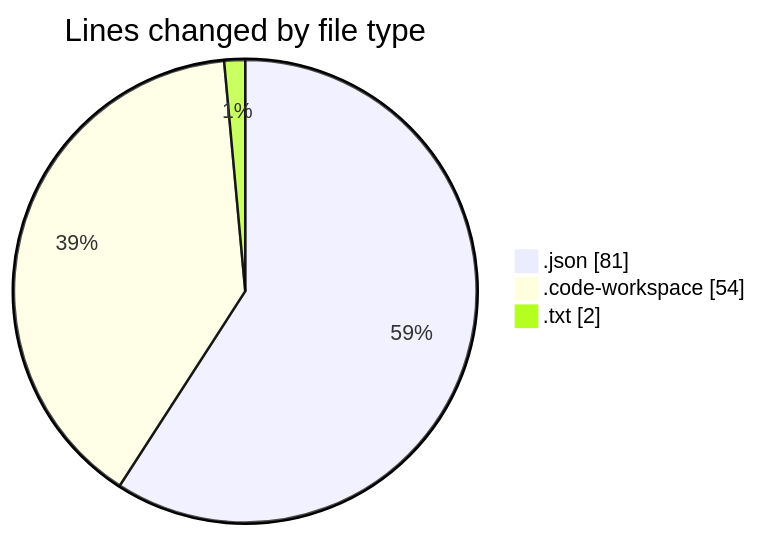
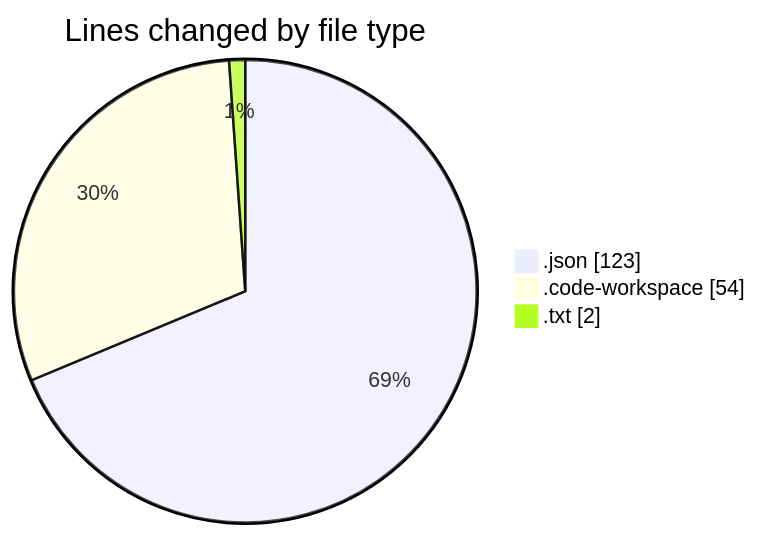
The first of 2 diagrams in 2026-02-24/workbench__workspace_/README.md (jadenblack/code-tracking), drawn with Mermaid before and after one commit. The commit also changed other lines of this file and 1 other file, not shown here.

````diff
--- a/2026-02-24/workbench__workspace_/README.md
+++ b/2026-02-24/workbench__workspace_/README.md
@@ -22,7 +22,7 @@
 ```mermaid
 pie showData
 title Lines changed by file type
-".json" : 81
+".json" : 123
 ".code-workspace" : 54
 ".txt" : 2
 ```
````
